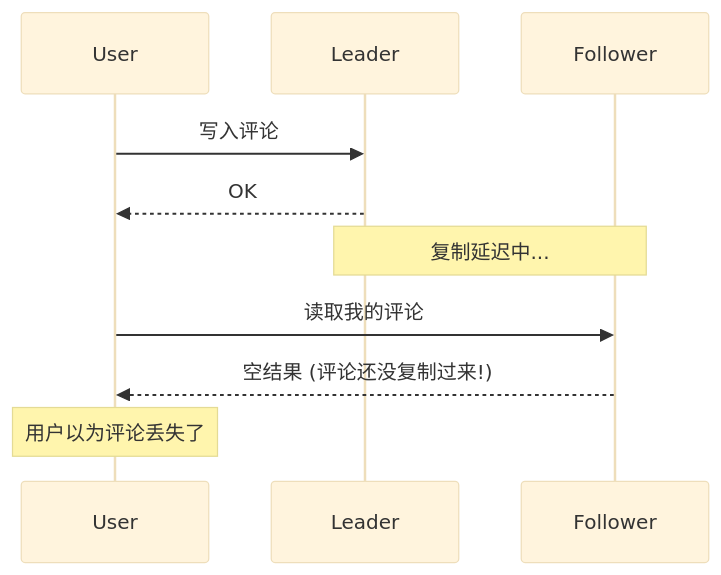
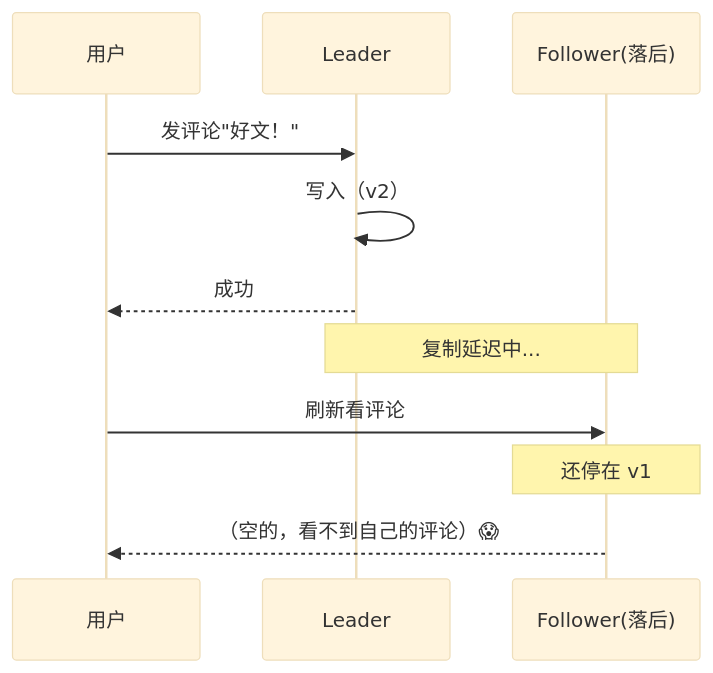
Before and after one commit to socoo123/ddia_2nd: the tenth of 28 diagrams in ch06-复制.md, drawn with Mermaid (base theme). The commit also changed other lines of this file and 8 other files, not shown here.

First line of the commit message:
重写 ch01-ch09 读书笔记：风格统一 + 内容扩充 + 大量图表

````diff
--- a/ch06-复制.md
+++ b/ch06-复制.md
@@ -226,13 +382,14 @@
 ```mermaid
 sequenceDiagram
-    participant User
-    participant Leader
-    participant Follower
+    participant U as 用户
+    participant L as Leader
+    participant F as Follower(落后)
 
-    User->>Leader: 写入评论
-    Leader-->>User: OK
-    Note over Leader,Follower: 复制延迟中...
-    User->>Follower: 读取我的评论
-    Follower-->>User: 空结果 (评论还没复制过来!)
-    Note over User: 用户以为评论丢失了
+    U->>L: 发评论"好文！"
+    L->>L: 写入（v2）
+    L-->>U: 成功
+    Note over L,F: 复制延迟中...
+    U->>F: 刷新看评论
+    Note over F: 还停在 v1
+    F-->>U: （空的，看不到自己的评论）😱
 ```
````
